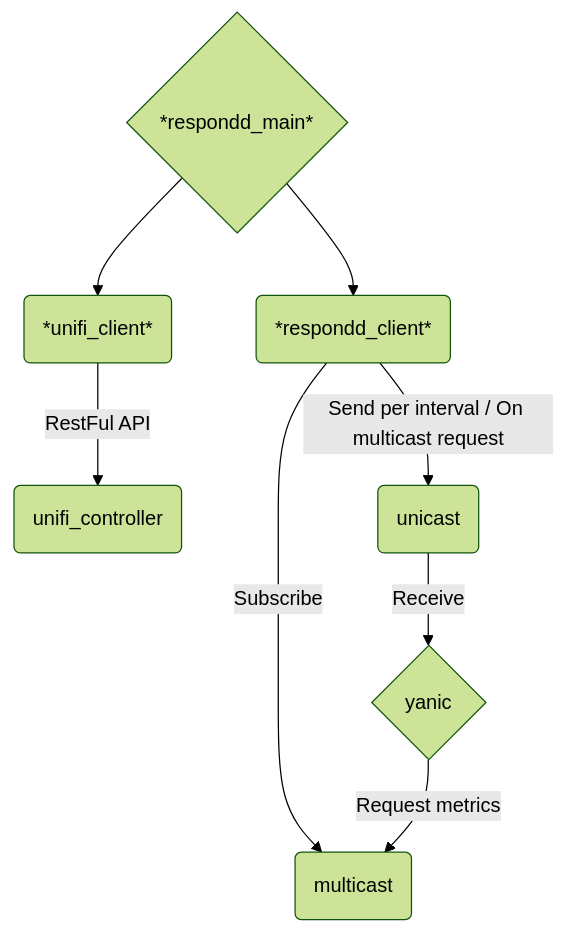
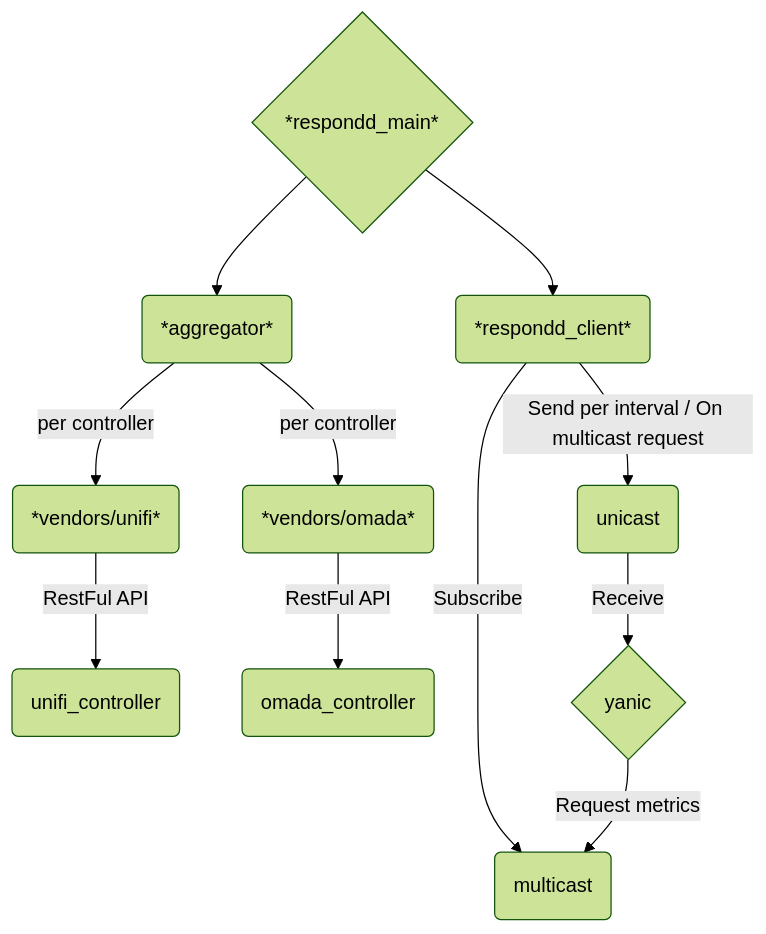
The diagram in README.md (freifunkMUC/unifi_respondd), drawn with Mermaid (forest theme) before and after one commit. The commit also changed other lines of this file and 23 other files, not shown here.

Commit message:
Add multi-controller support, merging in omada_respondd

````diff
--- a/README.md
+++ b/README.md
@@ -7,10 +7,13 @@
 ```mermaid
 graph TD;
-	A{"*respondd_main*"} -->| | B("*unifi_client*")
+	A{"*respondd_main*"} -->| | B("*aggregator*")
     A -->| | C("*respondd_client*")
-	B -->|"RestFul API"| D("unifi_controller")
-    C -->|"Subscribe"| E("multicast")
-    C -->|"Send per interval / On multicast request"| F("unicast")
-    G{"yanic"} -->|"Request metrics"| E
-    F -->|"Receive"| G
+	B -->|"per controller"| D("*vendors/unifi*")
+	B -->|"per controller"| E("*vendors/omada*")
+	D -->|"RestFul API"| F("unifi_controller")
+	E -->|"RestFul API"| G("omada_controller")
+    C -->|"Subscribe"| H("multicast")
+    C -->|"Send per interval / On multicast request"| I("unicast")
+    J{"yanic"} -->|"Request metrics"| H
+    I -->|"Receive"| J
 ```
````
